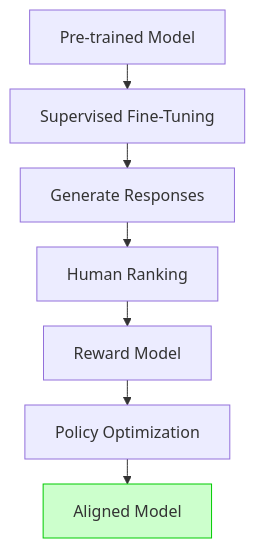
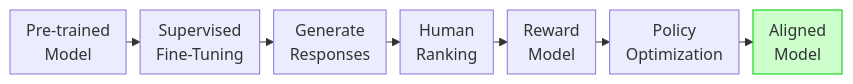
One commit to VadimSokolov/bayes_ai_deep_learning changed the diagram in fig/mermaid/24-llm-rlhf-pipeline.mmd. Above: the diagram before and after it, drawn with Mermaid. The commit also changed 1241 other files, not shown here.

```diff
--- a/fig/mermaid/24-llm-rlhf-pipeline.mmd
+++ b/fig/mermaid/24-llm-rlhf-pipeline.mmd
@@ -1,10 +1,10 @@
-%%{init: {'flowchart': {'wrappingWidth': 300, 'rankSpacing': 25}}}%%
-flowchart TB
-    P[Pre-trained Model] --> SFT[Supervised Fine-Tuning]
-    SFT --> Gen[Generate Responses]
-    Gen --> H[Human Ranking]
-    H --> RM[Reward Model]
-    RM --> PPO[Policy Optimization]
-    PPO --> AM[Aligned Model]
+%%{init: {'flowchart': {'rankSpacing': 14, 'nodeSpacing': 20, 'padding': 8}}}%%
+flowchart LR
+    P["Pre-trained<br>Model"] --> SFT["Supervised<br>Fine-Tuning"]
+    SFT --> Gen["Generate<br>Responses"]
+    Gen --> H["Human<br>Ranking"]
+    H --> RM["Reward<br>Model"]
+    RM --> PPO["Policy<br>Optimization"]
+    PPO --> AM["Aligned<br>Model"]
 
     style AM fill:#ccffcc,stroke:#00cc00
```
